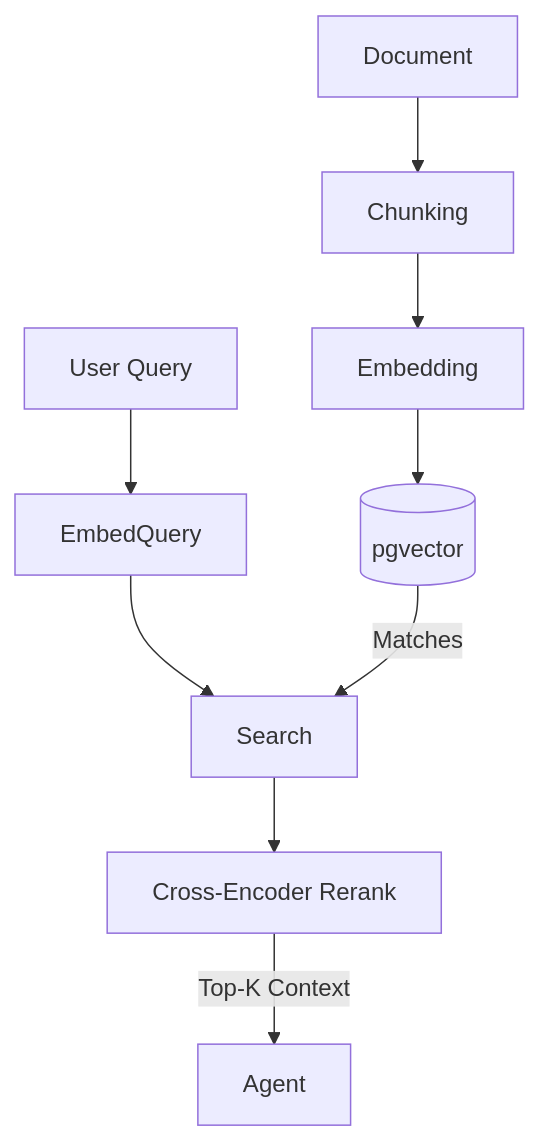
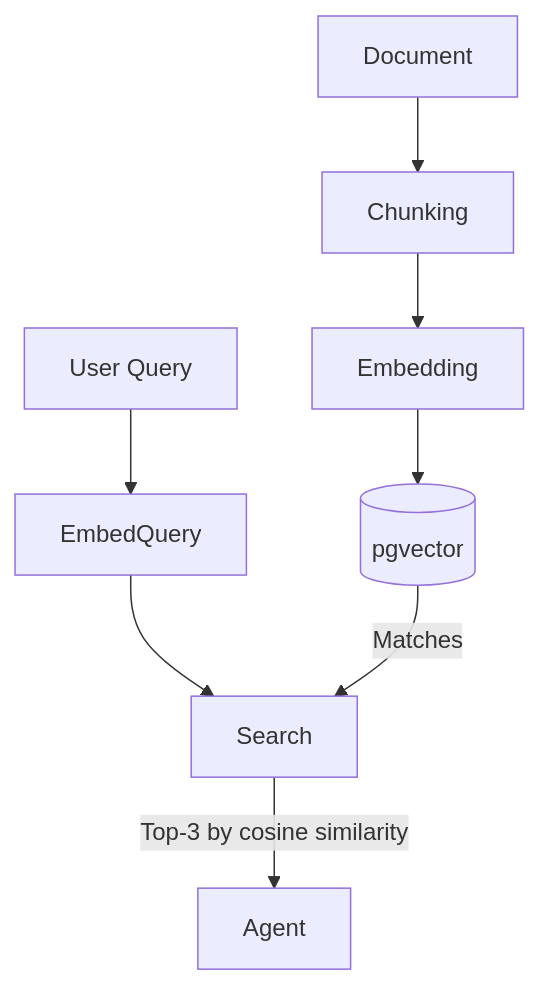
One commit to debmalyaroy/ai-cm changed the fifth of 9 diagrams in docs/design_agent.md. Above: the diagram before and after it, drawn with Mermaid. The commit also changed other lines of this file and 5 other files, not shown here.

````diff
--- a/docs/design_agent.md
+++ b/docs/design_agent.md
@@ -160,13 +170,12 @@
 ```mermaid
 graph TD
     Doc["Document"] --> Chunking
     Chunking --> Embedding
     Embedding --> VectorDB[("pgvector")]
     
     Query["User Query"] --> EmbedQuery
     EmbedQuery --> Search
     VectorDB -->|"Matches"| Search
     
-    Search --> ReRanking["Cross-Encoder Rerank"]
-    ReRanking -->|"Top-K Context"| Agent
+    Search -->|"Top-3 by cosine similarity"| Agent
 ```
````
